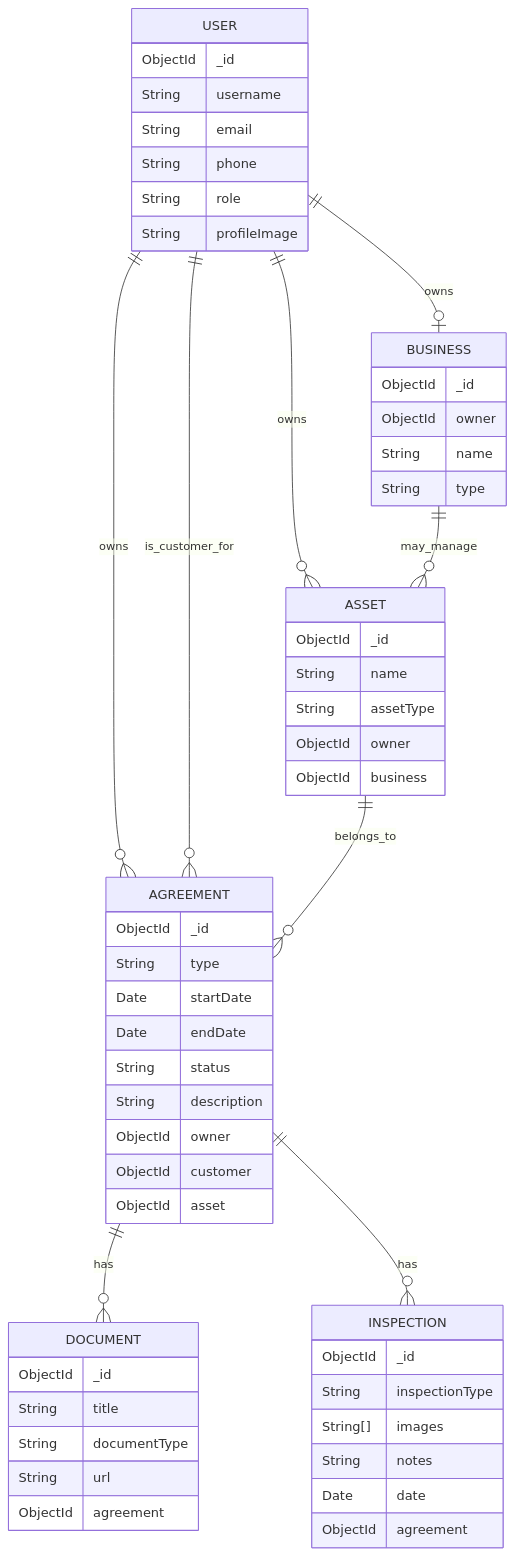
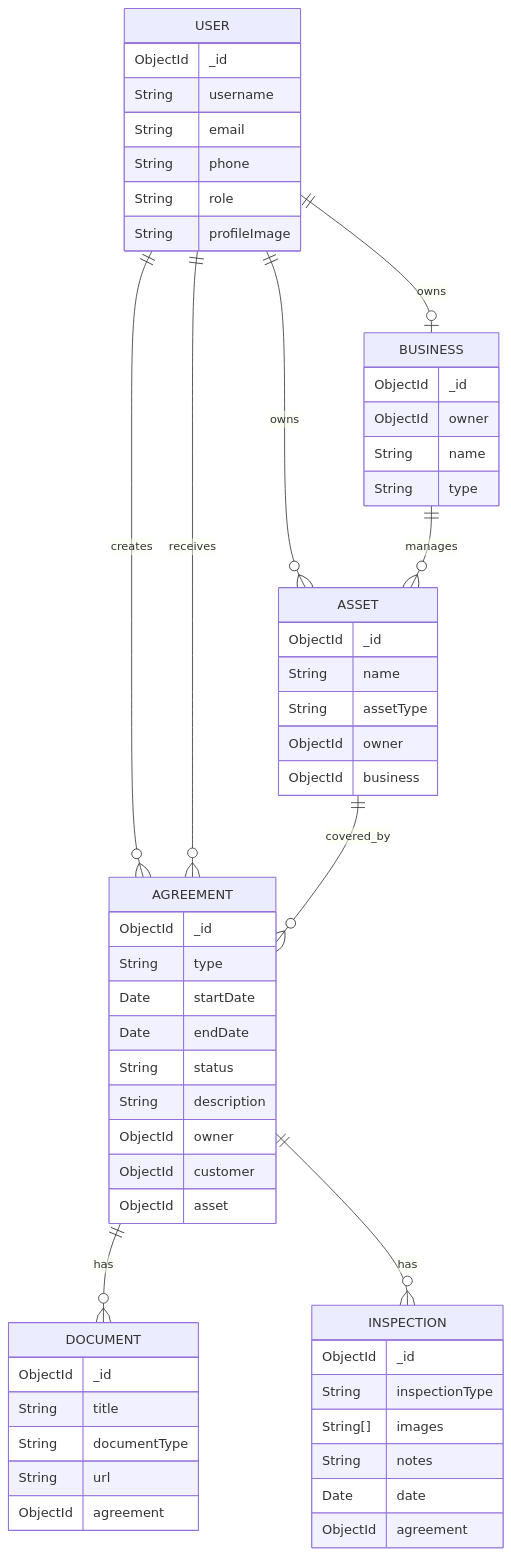
One commit to HusainAlmajed/Project-4-FrontEnd changed the diagram in README.md. Above: the diagram before and after it, drawn with Mermaid. The commit also changed other lines of this file and 7 other files, not shown here.

````diff
--- a/README.md
+++ b/README.md
@@ -56,64 +132,64 @@
 ```mermaid
 erDiagram
     USER ||--o| BUSINESS : owns
     USER ||--o{ ASSET : owns
-    USER ||--o{ AGREEMENT : owns
-    USER ||--o{ AGREEMENT : is_customer_for
-    BUSINESS ||--o{ ASSET : may_manage
-    ASSET ||--o{ AGREEMENT : belongs_to
+    USER ||--o{ AGREEMENT : creates
+    USER ||--o{ AGREEMENT : receives
+    BUSINESS ||--o{ ASSET : manages
+    ASSET ||--o{ AGREEMENT : covered_by
     AGREEMENT ||--o{ DOCUMENT : has
     AGREEMENT ||--o{ INSPECTION : has
 
     USER {
         ObjectId _id
         String username
         String email
         String phone
         String role
         String profileImage
     }
 
     BUSINESS {
         ObjectId _id
         ObjectId owner
         String name
         String type
     }
 
     ASSET {
         ObjectId _id
         String name
         String assetType
         ObjectId owner
         ObjectId business
     }
 
     AGREEMENT {
         ObjectId _id
         String type
         Date startDate
         Date endDate
         String status
         String description
         ObjectId owner
         ObjectId customer
         ObjectId asset
     }
 
     DOCUMENT {
         ObjectId _id
         String title
         String documentType
         String url
         ObjectId agreement
     }
 
     INSPECTION {
         ObjectId _id
         String inspectionType
         String[] images
         String notes
         Date date
         ObjectId agreement
     }
 ```
````
